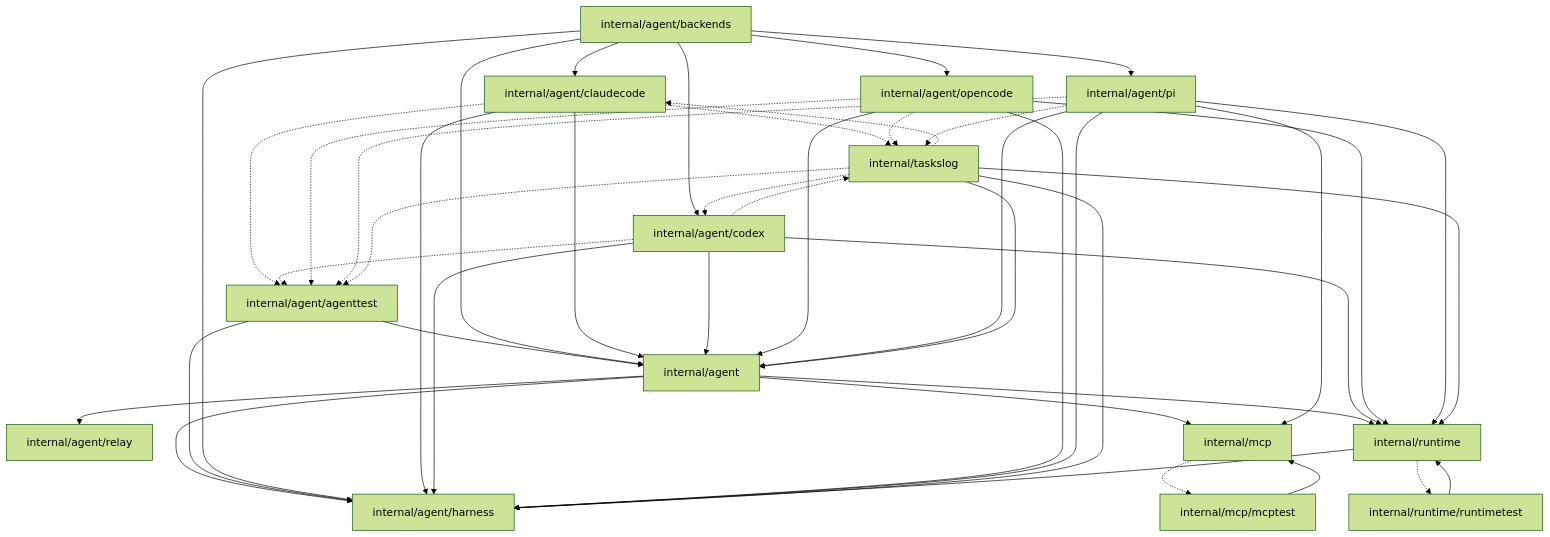
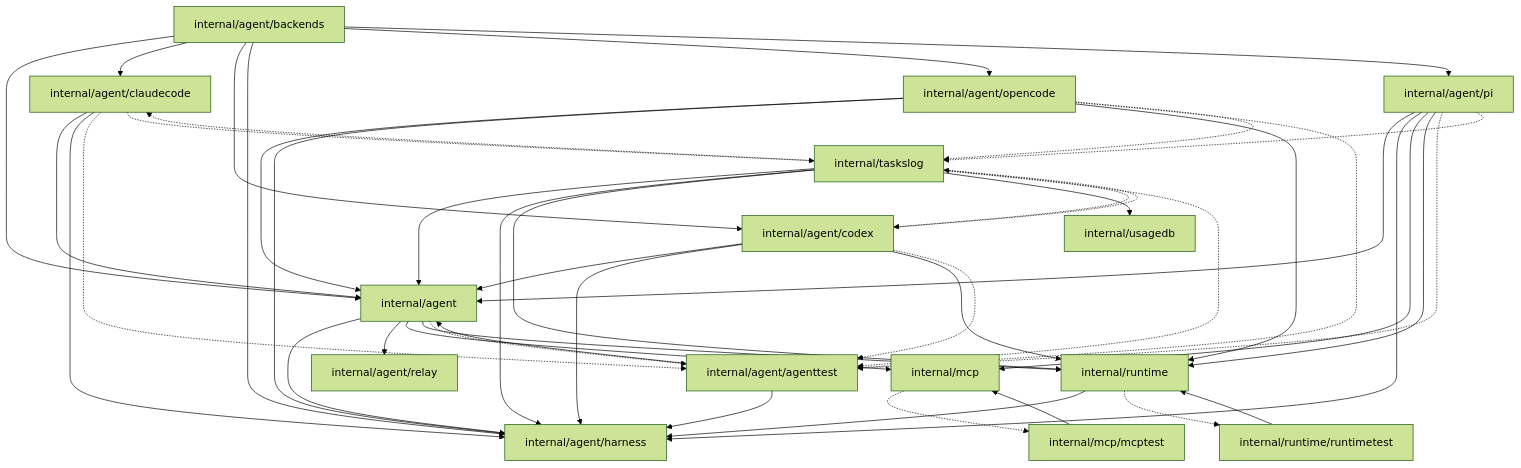
The second of 3 diagrams in backend/docs/ARCHITECTURE.md (caic-xyz/caic), drawn with Mermaid (forest theme) before and after one commit. The commit also changed other lines of this file and 40 other files, not shown here.

````diff
--- a/backend/docs/ARCHITECTURE.md
+++ b/backend/docs/ARCHITECTURE.md
@@ -230,61 +232,64 @@
 ```mermaid
 graph TD
   pkg_internal_agent["internal/agent"]
   pkg_internal_agent_agenttest["internal/agent/agenttest"]
   pkg_internal_agent_backends["internal/agent/backends"]
   pkg_internal_agent_claudecode["internal/agent/claudecode"]
   pkg_internal_agent_codex["internal/agent/codex"]
   pkg_internal_agent_harness["internal/agent/harness"]
   pkg_internal_agent_opencode["internal/agent/opencode"]
   pkg_internal_agent_pi["internal/agent/pi"]
   pkg_internal_agent_relay["internal/agent/relay"]
   pkg_internal_mcp["internal/mcp"]
   pkg_internal_mcp_mcptest["internal/mcp/mcptest"]
   pkg_internal_runtime["internal/runtime"]
   pkg_internal_runtime_runtimetest["internal/runtime/runtimetest"]
   pkg_internal_taskslog["internal/taskslog"]
+  pkg_internal_usagedb["internal/usagedb"]
 
   pkg_internal_agent --> pkg_internal_agent_harness
   pkg_internal_agent --> pkg_internal_agent_relay
   pkg_internal_agent --> pkg_internal_mcp
   pkg_internal_agent --> pkg_internal_runtime
+  pkg_internal_agent -.-> pkg_internal_agent_agenttest
   pkg_internal_agent_agenttest --> pkg_internal_agent
   pkg_internal_agent_agenttest --> pkg_internal_agent_harness
   pkg_internal_agent_backends --> pkg_internal_agent
   pkg_internal_agent_backends --> pkg_internal_agent_claudecode
   pkg_internal_agent_backends --> pkg_internal_agent_codex
   pkg_internal_agent_backends --> pkg_internal_agent_harness
   pkg_internal_agent_backends --> pkg_internal_agent_opencode
   pkg_internal_agent_backends --> pkg_internal_agent_pi
   pkg_internal_agent_claudecode --> pkg_internal_agent
   pkg_internal_agent_claudecode --> pkg_internal_agent_harness
   pkg_internal_agent_claudecode -.-> pkg_internal_agent_agenttest
   pkg_internal_agent_claudecode -.-> pkg_internal_taskslog
   pkg_internal_agent_codex --> pkg_internal_agent
   pkg_internal_agent_codex --> pkg_internal_agent_harness
   pkg_internal_agent_codex --> pkg_internal_runtime
   pkg_internal_agent_codex -.-> pkg_internal_agent_agenttest
   pkg_internal_agent_codex -.-> pkg_internal_taskslog
   pkg_internal_agent_opencode --> pkg_internal_agent
   pkg_internal_agent_opencode --> pkg_internal_agent_harness
   pkg_internal_agent_opencode --> pkg_internal_runtime
   pkg_internal_agent_opencode -.-> pkg_internal_agent_agenttest
   pkg_internal_agent_opencode -.-> pkg_internal_taskslog
   pkg_internal_agent_pi --> pkg_internal_agent
   pkg_internal_agent_pi --> pkg_internal_agent_harness
   pkg_internal_agent_pi --> pkg_internal_mcp
   pkg_internal_agent_pi --> pkg_internal_runtime
   pkg_internal_agent_pi -.-> pkg_internal_agent_agenttest
   pkg_internal_agent_pi -.-> pkg_internal_taskslog
   pkg_internal_mcp -.-> pkg_internal_mcp_mcptest
   pkg_internal_mcp_mcptest --> pkg_internal_mcp
   pkg_internal_runtime --> pkg_internal_agent_harness
   pkg_internal_runtime -.-> pkg_internal_runtime_runtimetest
   pkg_internal_runtime_runtimetest --> pkg_internal_runtime
   pkg_internal_taskslog --> pkg_internal_agent
   pkg_internal_taskslog --> pkg_internal_agent_harness
   pkg_internal_taskslog --> pkg_internal_runtime
+  pkg_internal_taskslog --> pkg_internal_usagedb
   pkg_internal_taskslog -.-> pkg_internal_agent_agenttest
   pkg_internal_taskslog -.-> pkg_internal_agent_claudecode
   pkg_internal_taskslog -.-> pkg_internal_agent_codex
 ```
````
